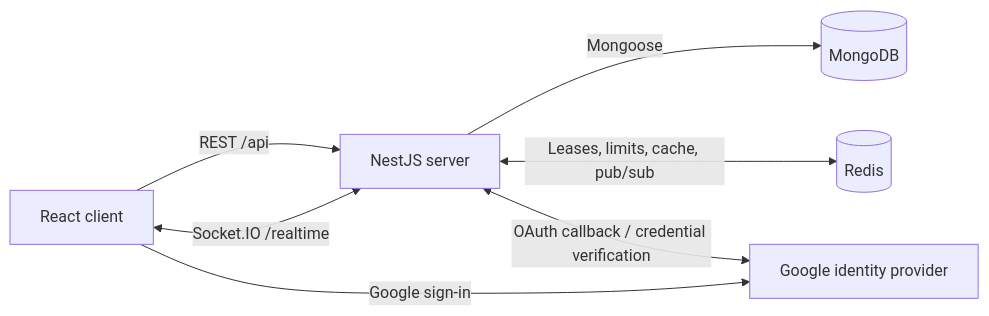
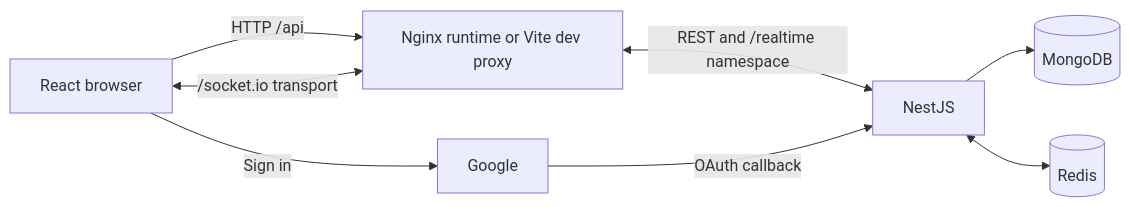
One commit to Yograj47/ChatCord changed the first of 3 diagrams in docs/architecture.md. Above: the diagram before and after it, drawn with Mermaid. The commit also changed other lines of this file and 44 other files, not shown here.

````diff
--- a/docs/architecture.md
+++ b/docs/architecture.md
@@ -11,9 +7,10 @@
 ```mermaid
 flowchart LR
-    Client[React client] -->|REST /api| Server[NestJS server]
-    Client <-->|Socket.IO /realtime| Server
-    Server -->|Mongoose| MongoDB[(MongoDB)]
-    Server <-->|Leases, limits, cache, pub/sub| Redis[(Redis)]
-    Client -->|Google sign-in| Google[Google identity provider]
-    Server <-->|OAuth callback / credential verification| Google
+    Browser[React browser] -->|HTTP /api| Proxy[Nginx runtime or Vite dev proxy]
+    Browser <-->|/socket.io transport| Proxy
+    Proxy <-->|REST and /realtime namespace| API[NestJS]
+    API --> Mongo[(MongoDB)]
+    API <--> Redis[(Redis)]
+    Browser -->|Sign in| Google[Google]
+    Google -->|OAuth callback| API
 ```
````
